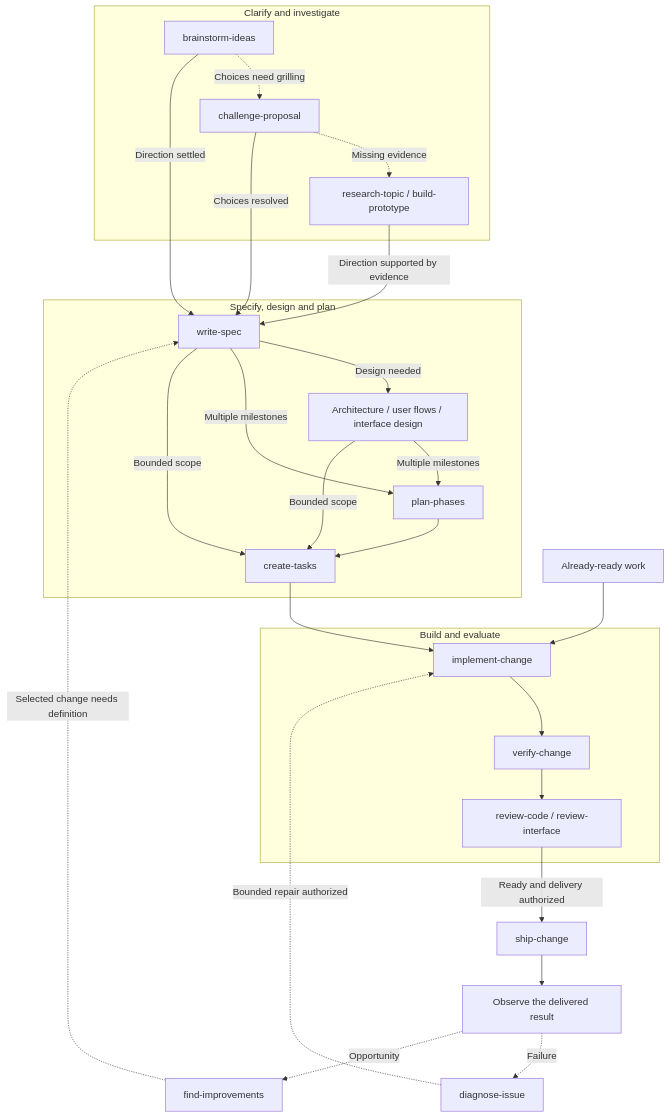
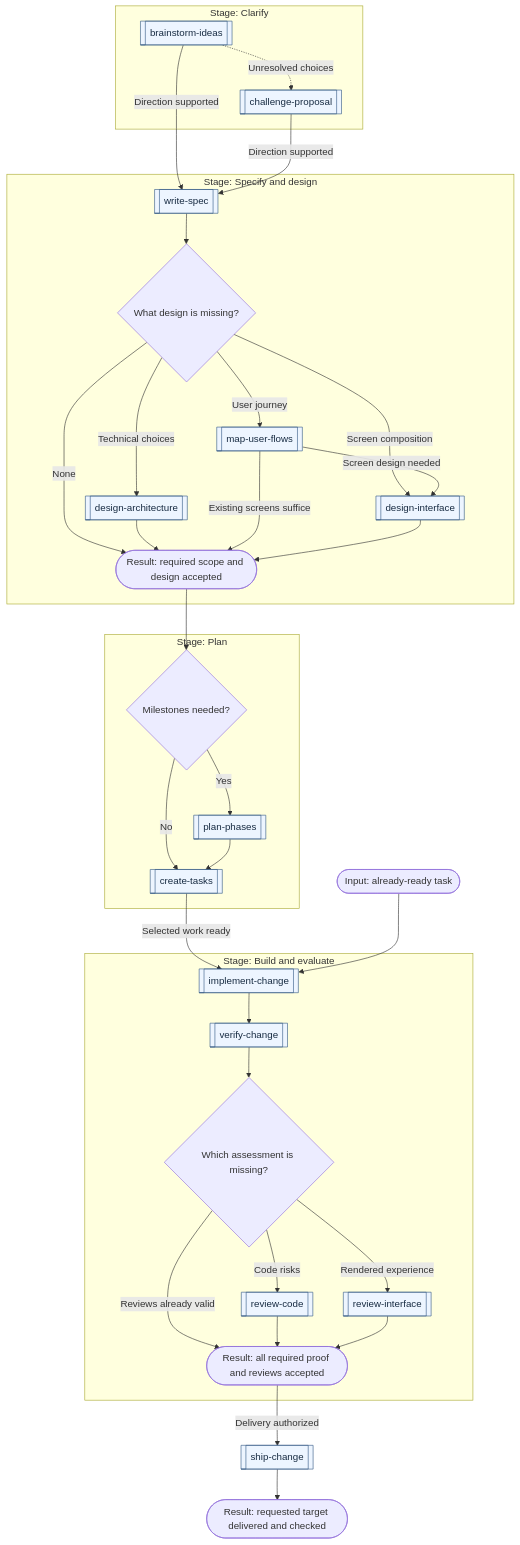
The diagram in README.md (bobalazek/skills), drawn with Mermaid before and after one commit. The commit also changed other lines of this file and 5 other files, not shown here.

````diff
--- a/README.md
+++ b/README.md
@@ -62,30 +78,40 @@
 ```mermaid
 flowchart TD
-  subgraph Explore["Clarify and investigate"]
-    Idea["brainstorm-ideas"] -. "Choices need grilling" .-> Challenge["challenge-proposal"]
-    Challenge -. "Missing evidence" .-> Research["research-topic / build-prototype"]
+  subgraph Explore["Stage: Clarify"]
+    Idea[["brainstorm-ideas"]] -. "Unresolved choices" .-> Challenge[["challenge-proposal"]]
   end
-  Idea -->|Direction settled| Spec
-  Challenge -->|Choices resolved| Spec
-  Research -->|Direction supported by evidence| Spec
-  subgraph Plan["Specify, design and plan"]
-    Spec["write-spec"] -->|Design needed| Design["Architecture / user flows / interface design"]
-    Spec -->|Multiple milestones| Phases["plan-phases"]
-    Spec -->|Bounded scope| Tasks["create-tasks"]
-    Design -->|Multiple milestones| Phases
-    Design -->|Bounded scope| Tasks
+  Idea -->|Direction supported| Spec
+  Challenge -->|Direction supported| Spec
+  subgraph Design["Stage: Specify and design"]
+    Spec[["write-spec"]] --> Need{"What design is missing?"}
+    Need -->|Technical choices| Architecture[["design-architecture"]]
+    Need -->|User journey| Flow[["map-user-flows"]]
+    Need -->|Screen composition| Screen
+    Flow -->|Screen design needed| Screen[["design-interface"]]
+    Need -->|None| Agreed(["Result: required scope and design accepted"])
+    Architecture --> Agreed
+    Flow -->|Existing screens suffice| Agreed
+    Screen --> Agreed
+  end
+  Agreed --> Size{"Milestones needed?"}
+  subgraph Plan["Stage: Plan"]
+    Size -->|Yes| Phases[["plan-phases"]]
+    Size -->|No| Tasks[["create-tasks"]]
     Phases --> Tasks
   end
-  Tasks --> Build
-  Ready["Already-ready work"] --> Build
-  subgraph Evaluate["Build and evaluate"]
-    Build["implement-change"] --> Verify["verify-change"]
-    Verify --> Review["review-code / review-interface"]
+  Tasks -->|Selected work ready| Build
+  Ready(["Input: already-ready task"]) --> Build
+  subgraph Evaluate["Stage: Build and evaluate"]
+    Build[["implement-change"]] --> Verify[["verify-change"]]
+    Verify --> Review{"Which assessment is missing?"}
+    Review -->|Code risks| Code[["review-code"]]
+    Review -->|Rendered experience| UI[["review-interface"]]
+    Review -->|Reviews already valid| Accepted(["Result: all required proof and reviews accepted"])
+    Code --> Accepted
+    UI --> Accepted
   end
-  Review -->|Ready and delivery authorized| Ship["ship-change"]
-  Ship --> Observe["Observe the delivered result"]
-  Observe -. "Failure" .-> Diagnose["diagnose-issue"]
-  Diagnose -. "Bounded repair authorized" .-> Build
-  Observe -. "Opportunity" .-> Improve["find-improvements"]
-  Improve -. "Selected change needs definition" .-> Spec
+  Accepted -->|Delivery authorized| Ship[["ship-change"]]
+  Ship --> Delivered(["Result: requested target delivered and checked"])
+  classDef skill fill:#edf5ff,stroke:#355b85,color:#172b42;
+  class Idea,Challenge,Spec,Architecture,Flow,Screen,Phases,Tasks,Build,Verify,Code,UI,Ship skill;
 ```
````
